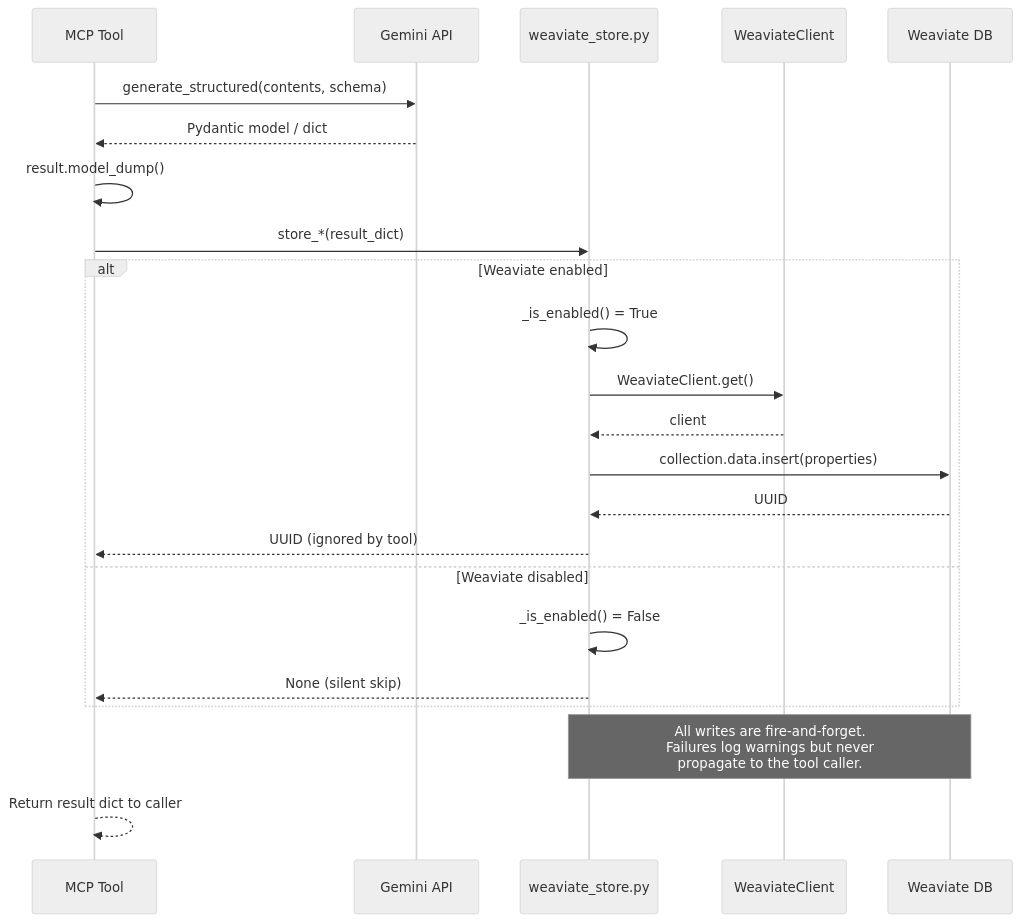
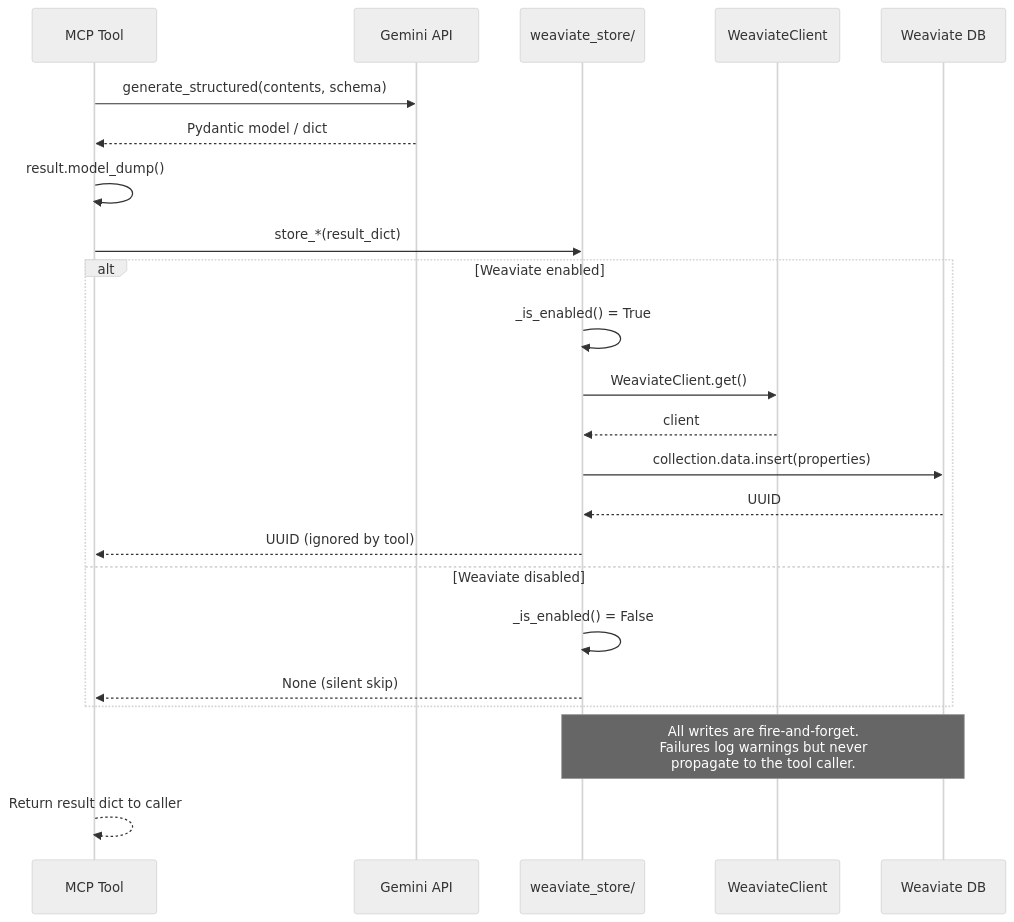
Before and after one commit to Galbaz1/gemini-research-mcp: the third of 5 diagrams in docs/DATAFLOW.md, drawn with Mermaid (neutral theme). The commit also changed other lines of this file and 25 other files, not shown here.

````diff
--- a/docs/DATAFLOW.md
+++ b/docs/DATAFLOW.md
@@ -374,30 +374,30 @@
 ```mermaid
 sequenceDiagram
     participant Tool as MCP Tool
     participant Gemini as Gemini API
-    participant Store as weaviate_store.py
+    participant Store as weaviate_store/
     participant WC as WeaviateClient
     participant W as Weaviate DB
 
     Tool->>Gemini: generate_structured(contents, schema)
     Gemini-->>Tool: Pydantic model / dict
 
     Tool->>Tool: result.model_dump()
     Tool->>Store: store_*(result_dict)
 
     alt Weaviate enabled
         Store->>Store: _is_enabled() = True
         Store->>WC: WeaviateClient.get()
         WC-->>Store: client
         Store->>W: collection.data.insert(properties)
         W-->>Store: UUID
         Store-->>Tool: UUID (ignored by tool)
     else Weaviate disabled
         Store->>Store: _is_enabled() = False
         Store-->>Tool: None (silent skip)
     end
 
     Note over Store,W: All writes are fire-and-forget.<br/>Failures log warnings but never<br/>propagate to the tool caller.
 
     Tool-->>Tool: Return result dict to caller
 ```
````
